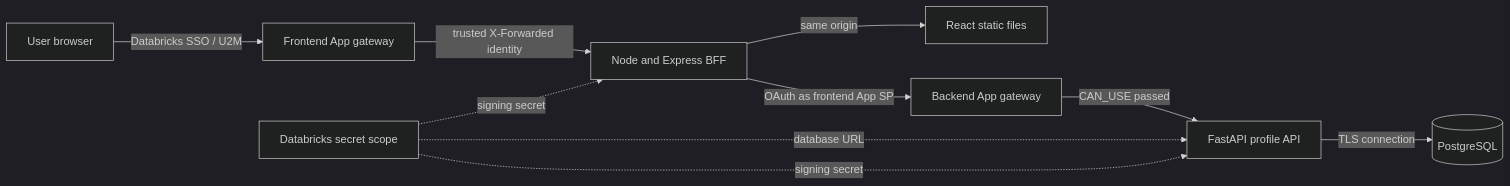
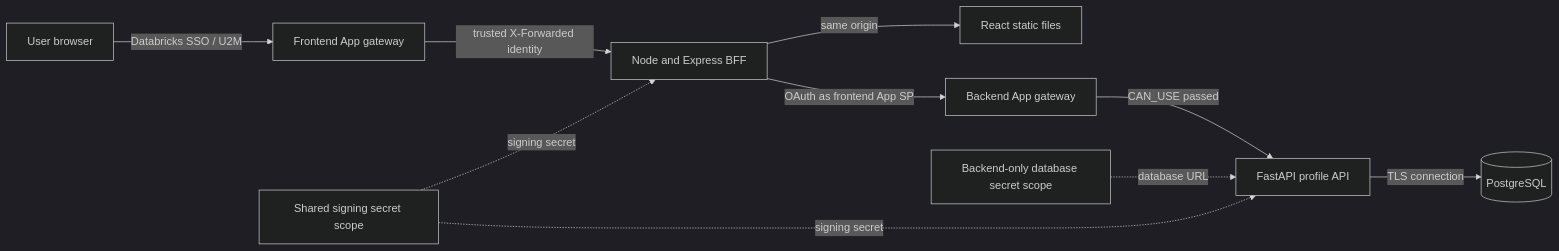
The first of 2 diagrams in docs/u2m-postgres.md (biswajitNanda223/Once-Upon-a-Runtime), drawn with Mermaid (dark theme) before and after one commit. The commit also changed other lines of this file and 5 other files, not shown here.

````diff
--- a/docs/u2m-postgres.md
+++ b/docs/u2m-postgres.md
@@ -28,12 +29,12 @@
 ```mermaid
 flowchart LR
   USER[User browser] -->|Databricks SSO / U2M| FRONT_GATE[Frontend App gateway]
   FRONT_GATE -->|trusted X-Forwarded identity| BFF[Node and Express BFF]
   BFF -->|same origin| SPA[React static files]
   BFF -->|OAuth as frontend App SP| BACK_GATE[Backend App gateway]
   BACK_GATE -->|CAN_USE passed| API[FastAPI profile API]
   API -->|TLS connection| PG[(PostgreSQL)]
-  SCOPE[Databricks secret scope] -. database URL .-> API
-  SCOPE -. signing secret .-> API
-  SCOPE -. signing secret .-> BFF
+  DB_SCOPE[Backend-only database secret scope] -. database URL .-> API
+  SIGN_SCOPE[Shared signing secret scope] -. signing secret .-> API
+  SIGN_SCOPE -. signing secret .-> BFF
 ```
````
